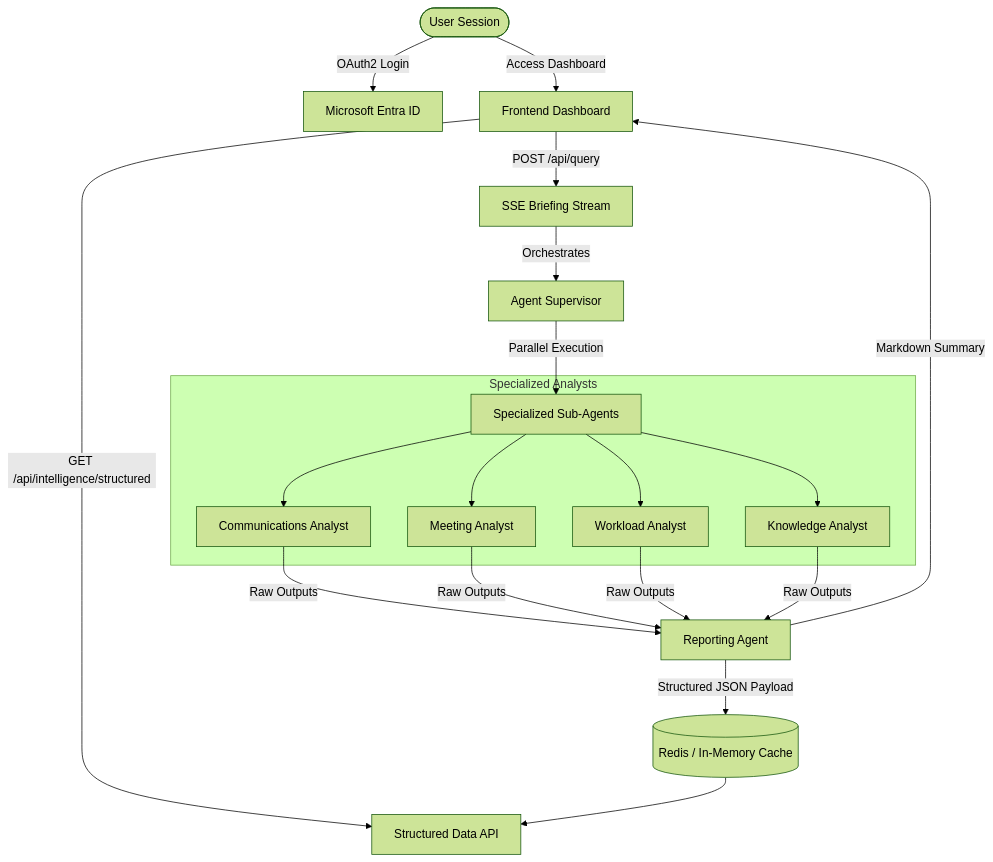
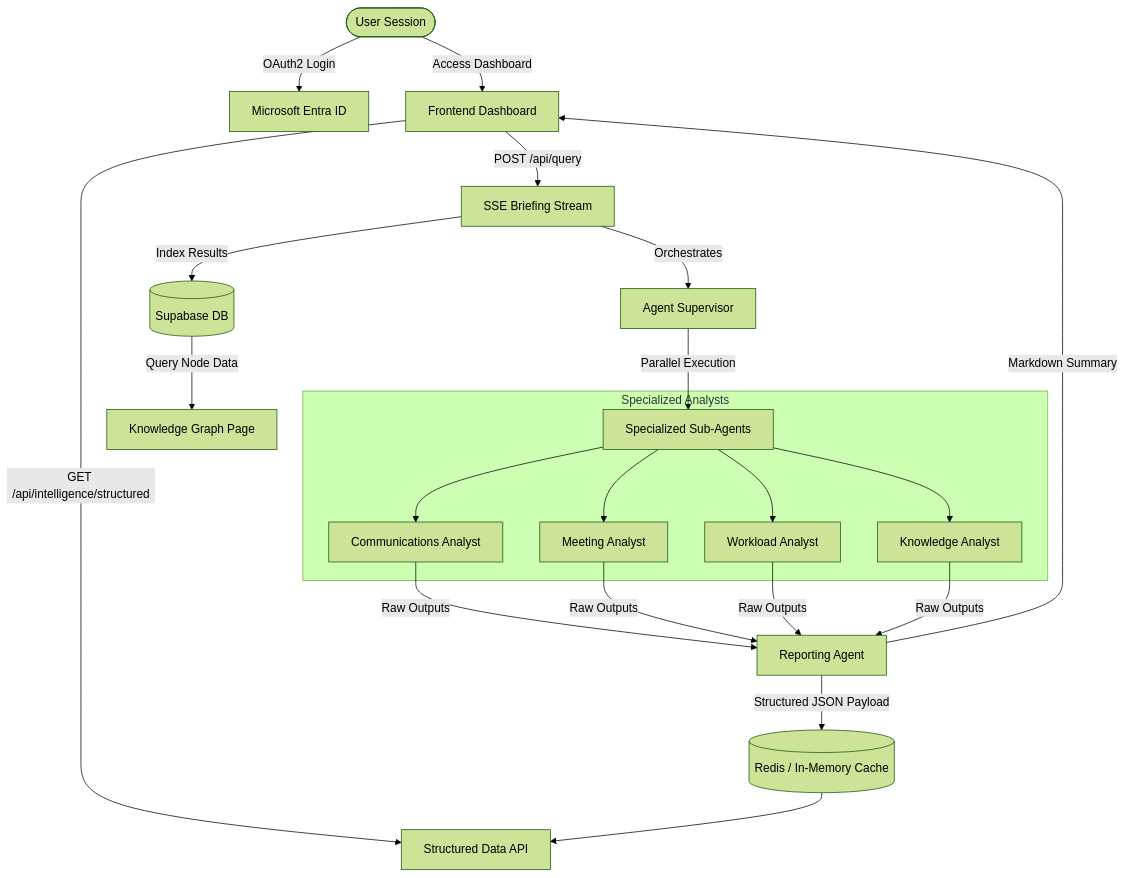
One commit to mahesh-0103/WorkSphere-AI changed the diagram in comprehensive_project_report.md. Above: the diagram before and after it, drawn with Mermaid (forest theme). The commit also changed other lines of this file, not shown here.

````diff
--- a/comprehensive_project_report.md
+++ b/comprehensive_project_report.md
@@ -33,22 +33,25 @@
 ```mermaid
 graph TD
     User([User Session]) -->|OAuth2 Login| MS_Entra[Microsoft Entra ID]
     User -->|Access Dashboard| UI[Frontend Dashboard]
     UI -->|GET /api/intelligence/structured| API_Structured[Structured Data API]
     UI -->|POST /api/query| API_Query[SSE Briefing Stream]
     
     API_Query -->|Orchestrates| Supervisor[Agent Supervisor]
     Supervisor -->|Parallel Execution| Agents[Specialized Sub-Agents]
     
     subgraph specialized_agents [Specialized Analysts]
         Agents --> Email[Communications Analyst]
         Agents --> Meeting[Meeting Analyst]
         Agents --> Task[Workload Analyst]
         Agents --> Research[Knowledge Analyst]
     end
     
     Email & Meeting & Task & Research -->|Raw Outputs| Synthesizer[Reporting Agent]
     Synthesizer -->|Markdown Summary| UI
     Synthesizer -->|Structured JSON Payload| Cache[(Redis / In-Memory Cache)]
     Cache --> API_Structured
+    
+    API_Query -->|Index Results| DB[(Supabase DB)]
+    DB -->|Query Node Data| UI_Graph[Knowledge Graph Page]
 ```
````
